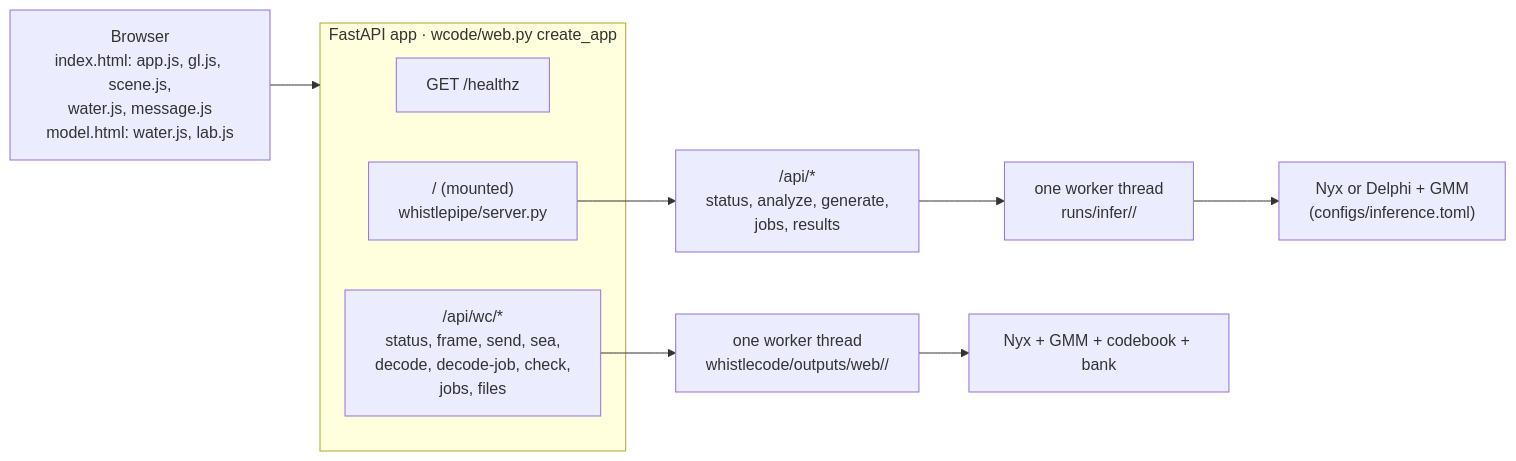
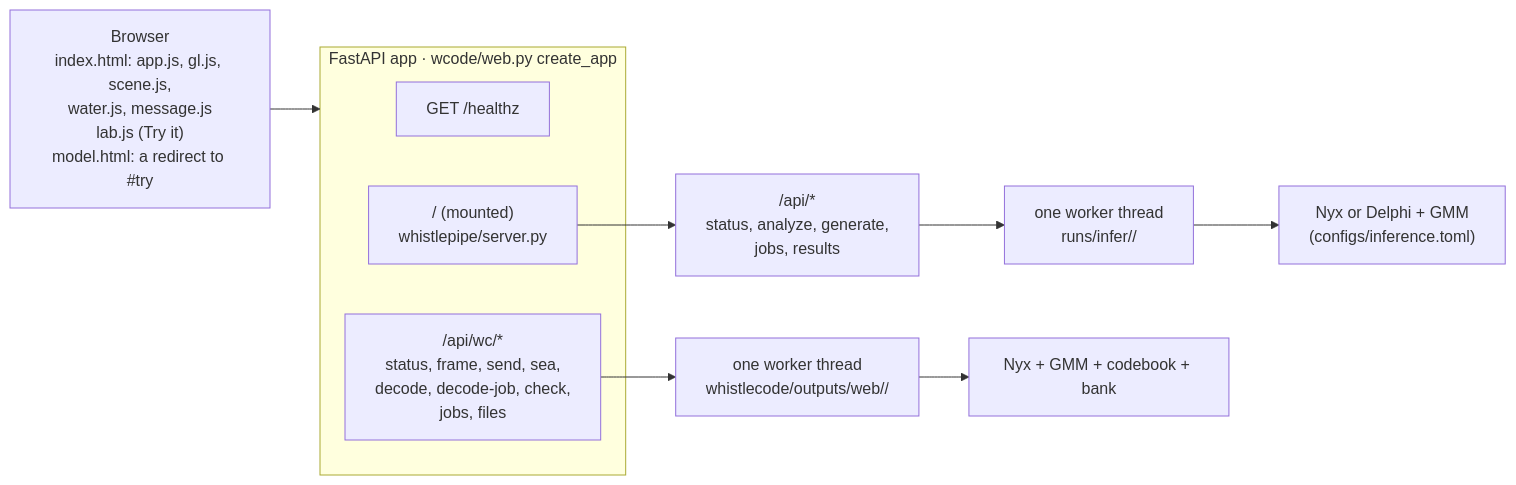
One commit to Brindanjali/cetacean_whistle_reproduction changed the second of 3 diagrams in docs/ARCHITECTURE.md. Above: the diagram before and after it, drawn with Mermaid. The commit also changed other lines of this file and 18 other files, not shown here.

First line of the commit message:
Web: the film's scene redrawn, Try it back on the page (WEB-6)

````diff
--- a/docs/ARCHITECTURE.md
+++ b/docs/ARCHITECTURE.md
@@ -69,14 +69,14 @@
 ```mermaid
 flowchart LR
-    B["Browser<br/>index.html: app.js, gl.js, scene.js,<br/>water.js, message.js<br/>model.html: water.js, lab.js"] --> APP
+    B["Browser<br/>index.html: app.js, gl.js, scene.js,<br/>water.js, message.js<br/>lab.js (Try it)<br/>model.html: a redirect to #try"] --> APP
     subgraph APP["FastAPI app · wcode/web.py create_app"]
         H["GET /healthz"]
         WC["/api/wc/*<br/>status, frame, send, sea,<br/>decode, decode-job, check,<br/>jobs, files"]
         PAGE["/ (mounted)<br/>whistlepipe/server.py"]
     end
     PAGE --> TRY["/api/*<br/>status, analyze, generate,<br/>jobs, results"]
     WC --> Q1["one worker thread<br/>whistlecode/outputs/web/<id>/"]
     TRY --> Q2["one worker thread<br/>runs/infer/<id>/"]
     Q1 --> M1["Nyx + GMM + codebook + bank"]
     Q2 --> M2["Nyx or Delphi + GMM<br/>(configs/inference.toml)"]
 ```
````
